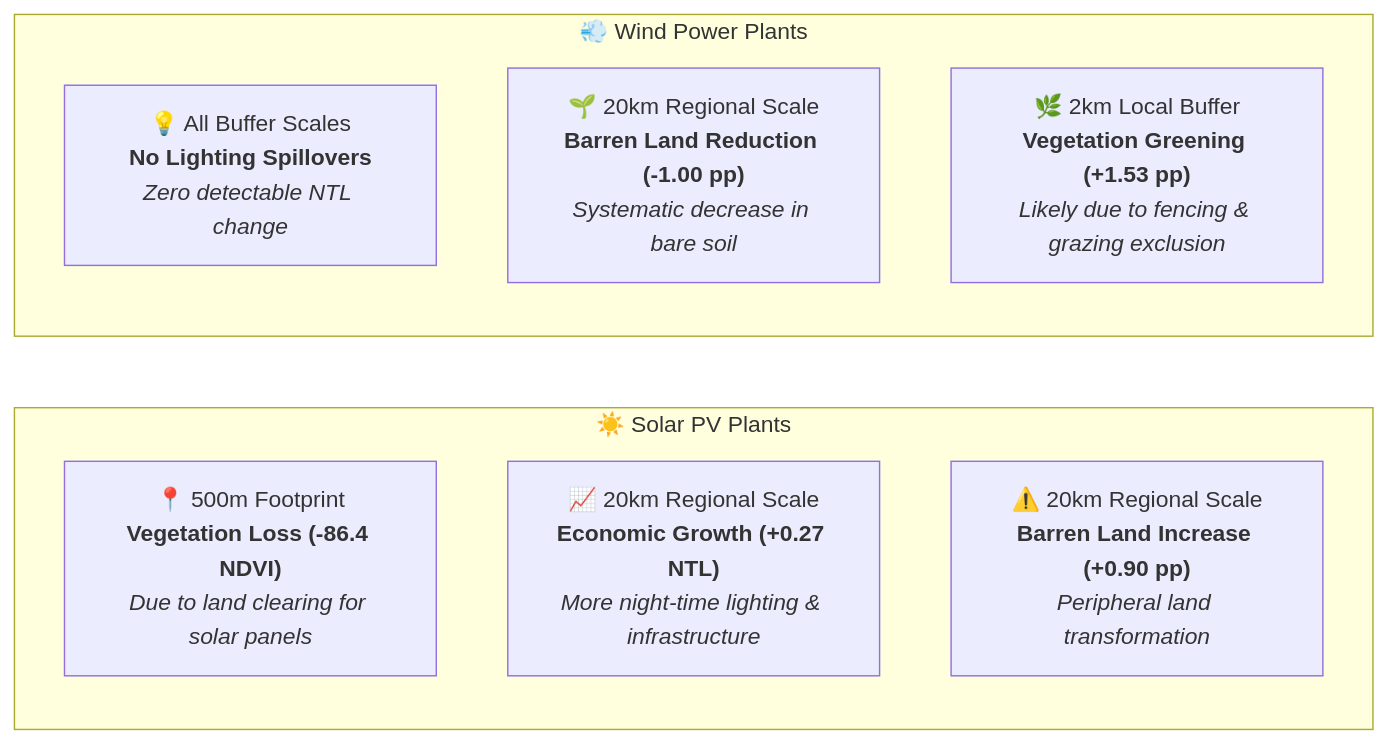
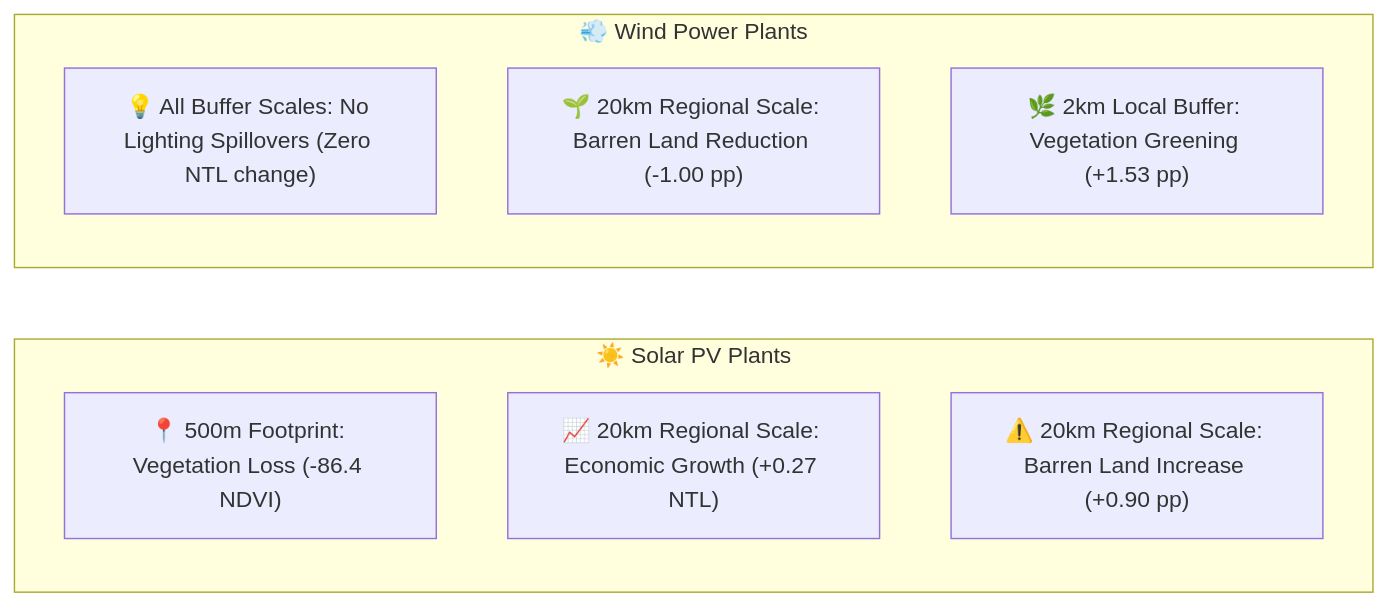
Before and after one commit to lucaneviani/Geospatial-Analysis-of-Renewable-Energy-Power-Plants-using-Satellite-Data: the second of 2 diagrams in README.md, drawn with Mermaid. The commit also changed other lines of this file, not shown here.

````diff
--- a/README.md
+++ b/README.md
@@ -67,16 +67,16 @@
 ```mermaid
 graph LR
     subgraph Solar ["☀️ Solar PV Plants"]
         direction TB
-        S1["📍 500m Footprint<br><b>Vegetation Loss (-86.4 NDVI)</b><br><i>Due to land clearing for solar panels</i>"]
-        S2["📈 20km Regional Scale<br><b>Economic Growth (+0.27 NTL)</b><br><i>More night-time lighting & infrastructure</i>"]
-        S3["⚠️ 20km Regional Scale<br><b>Barren Land Increase (+0.90 pp)</b><br><i>Peripheral land transformation</i>"]
+        S1["📍 500m Footprint: Vegetation Loss (-86.4 NDVI)"]
+        S2["📈 20km Regional Scale: Economic Growth (+0.27 NTL)"]
+        S3["⚠️ 20km Regional Scale: Barren Land Increase (+0.90 pp)"]
     end
 
     subgraph Wind ["💨 Wind Power Plants"]
         direction TB
-        W1["💡 All Buffer Scales<br><b>No Lighting Spillovers</b><br><i>Zero detectable NTL change</i>"]
-        W2["🌱 20km Regional Scale<br><b>Barren Land Reduction (-1.00 pp)</b><br><i>Systematic decrease in bare soil</i>"]
-        W3["🌿 2km Local Buffer<br><b>Vegetation Greening (+1.53 pp)</b><br><i>Likely due to fencing & grazing exclusion</i>"]
+        W1["💡 All Buffer Scales: No Lighting Spillovers (Zero NTL change)"]
+        W2["🌱 20km Regional Scale: Barren Land Reduction (-1.00 pp)"]
+        W3["🌿 2km Local Buffer: Vegetation Greening (+1.53 pp)"]
     end
 ```
````
